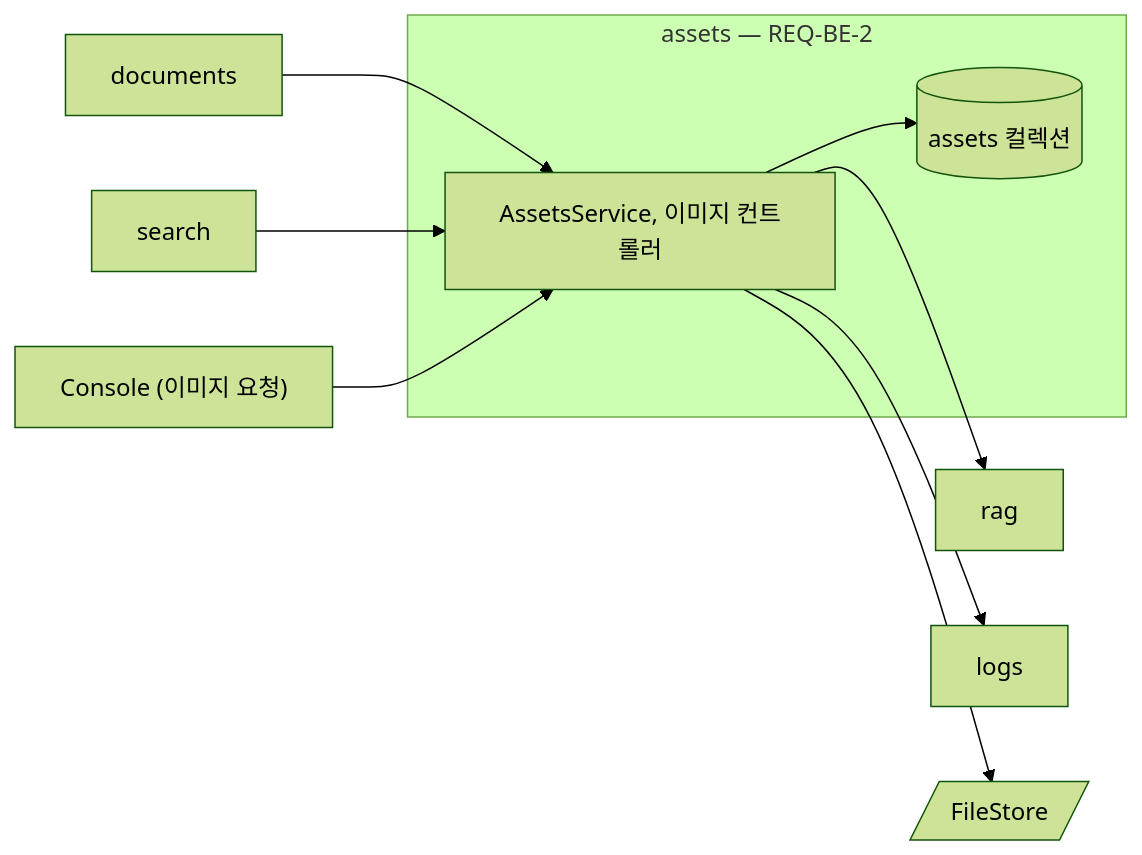
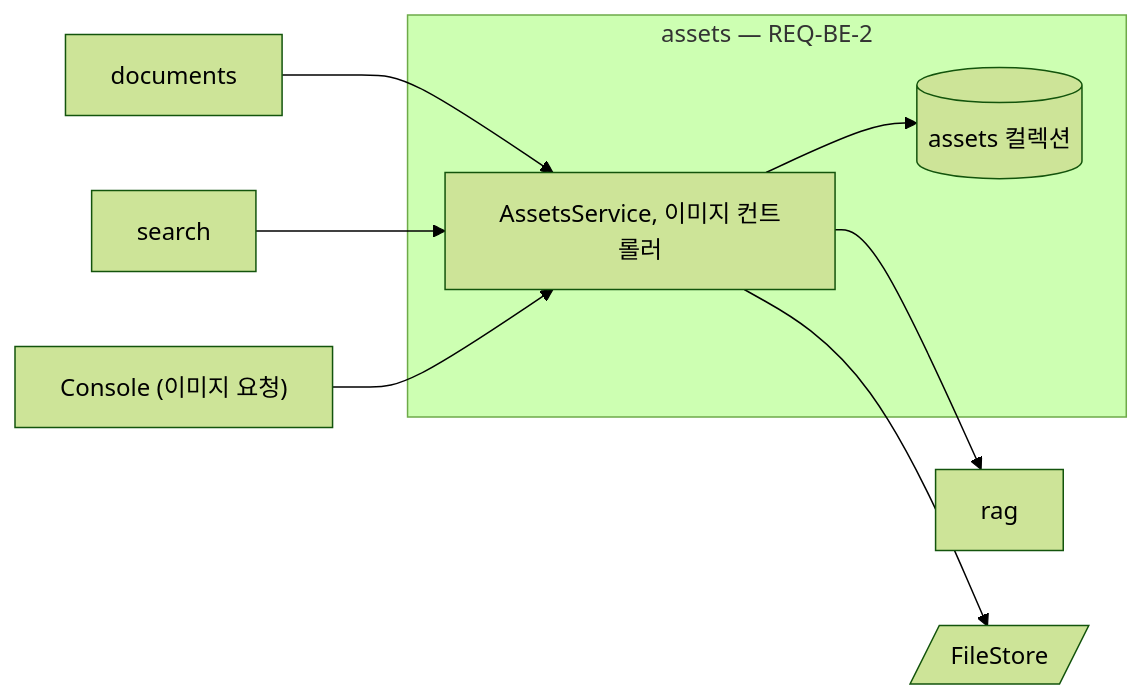
One commit to victor7-aquila/minerva changed the diagram in apps/backend/src/assets/MODULE.md. Above: the diagram before and after it, drawn with Mermaid (forest theme). The commit also changed other lines of this file and 112 other files, not shown here.

````diff
--- a/apps/backend/src/assets/MODULE.md
+++ b/apps/backend/src/assets/MODULE.md
@@ -57,14 +59,13 @@
 ```mermaid
 flowchart LR
     Documents["documents"] --> Assets
     Search["search"] --> Assets
     Console["Console (이미지 요청)"] --> Assets
     subgraph Boundary["assets — REQ-BE-2"]
         Assets["AssetsService, 이미지 컨트롤러"]
         Coll[("assets 컬렉션")]
     end
     Assets --> Coll
     Assets --> Rag["rag"]
-    Assets --> Logs["logs"]
     Assets --> Files[/"FileStore"/]
 ```
````
